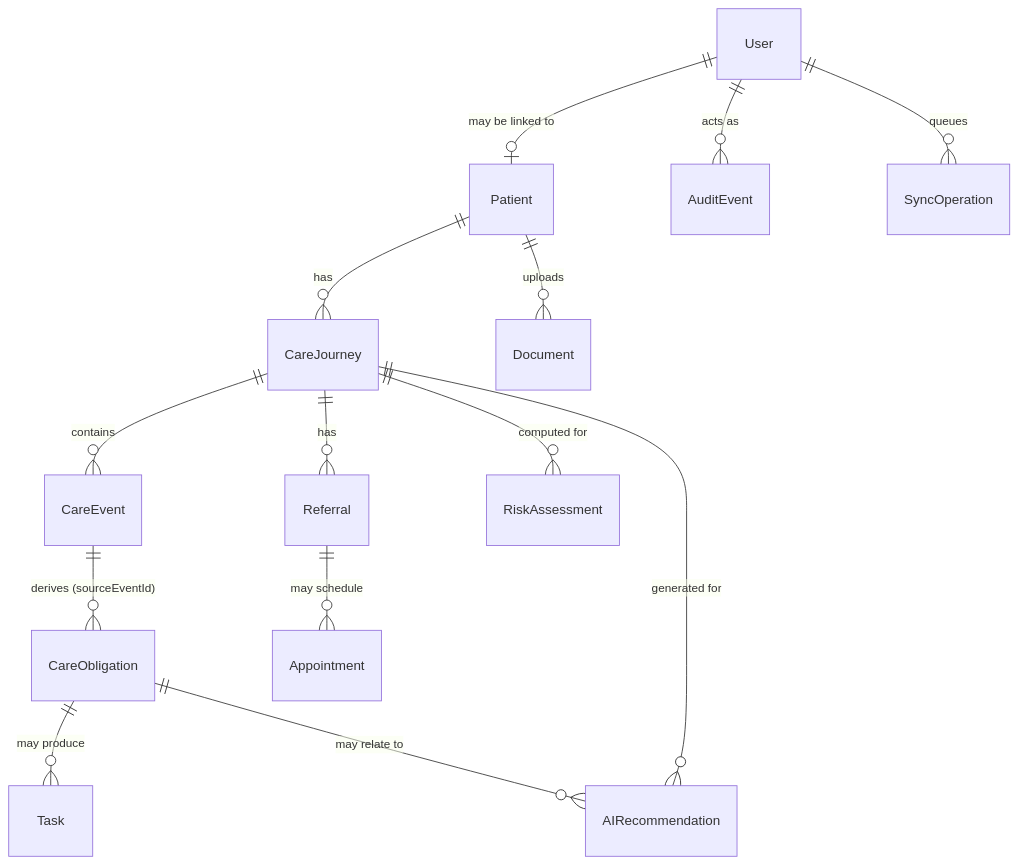
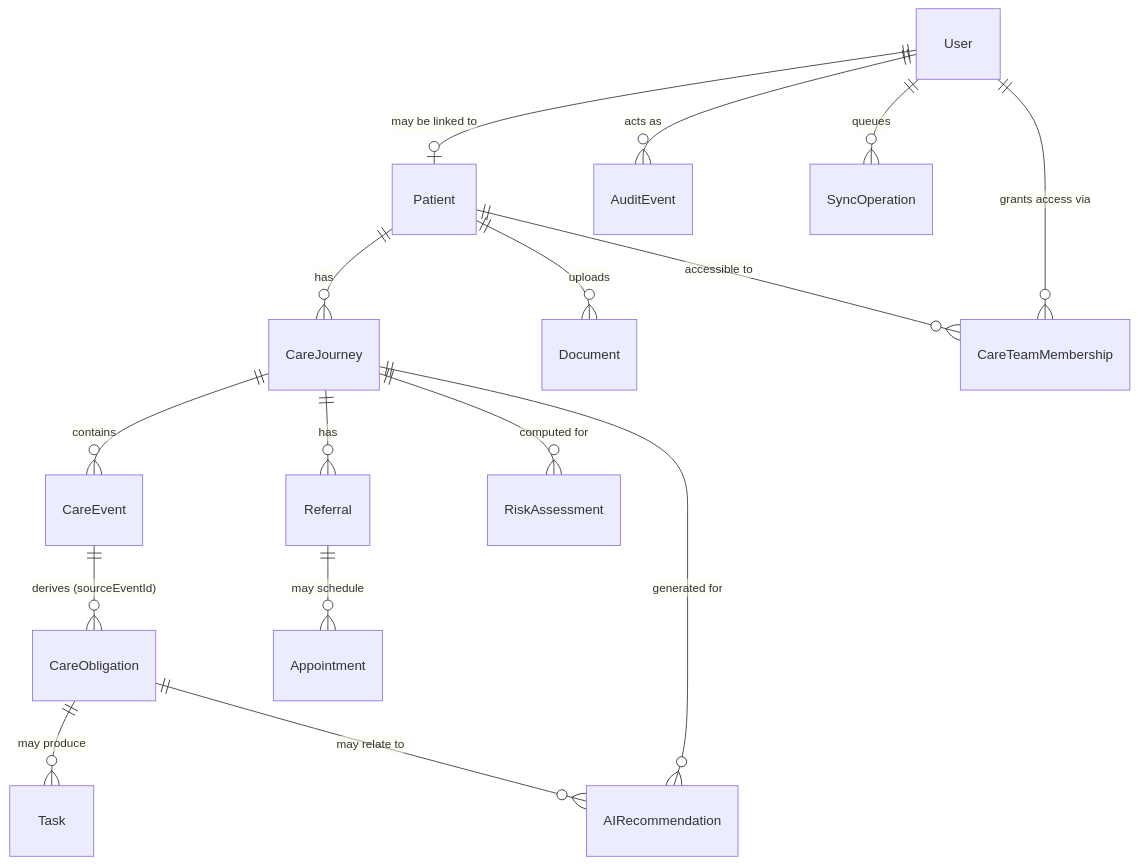
One commit to daanialmirza5/lifeline-os changed the diagram in docs/domain-model.md. Above: the diagram before and after it, drawn with Mermaid. The commit also changed other lines of this file and 4 other files, not shown here.

````diff
--- a/docs/domain-model.md
+++ b/docs/domain-model.md
@@ -27,16 +27,18 @@
 ```mermaid
 erDiagram
     User ||--o| Patient : "may be linked to"
     Patient ||--o{ CareJourney : has
     CareJourney ||--o{ CareEvent : contains
     CareEvent ||--o{ CareObligation : "derives (sourceEventId)"
     CareObligation ||--o{ Task : "may produce"
     CareObligation ||--o{ AIRecommendation : "may relate to"
     CareJourney ||--o{ Referral : has
     Referral ||--o{ Appointment : "may schedule"
     CareJourney ||--o{ RiskAssessment : "computed for"
     CareJourney ||--o{ AIRecommendation : "generated for"
     Patient ||--o{ Document : uploads
     User ||--o{ AuditEvent : "acts as"
     User ||--o{ SyncOperation : queues
+    User ||--o{ CareTeamMembership : "grants access via"
+    Patient ||--o{ CareTeamMembership : "accessible to"
 ```
````
